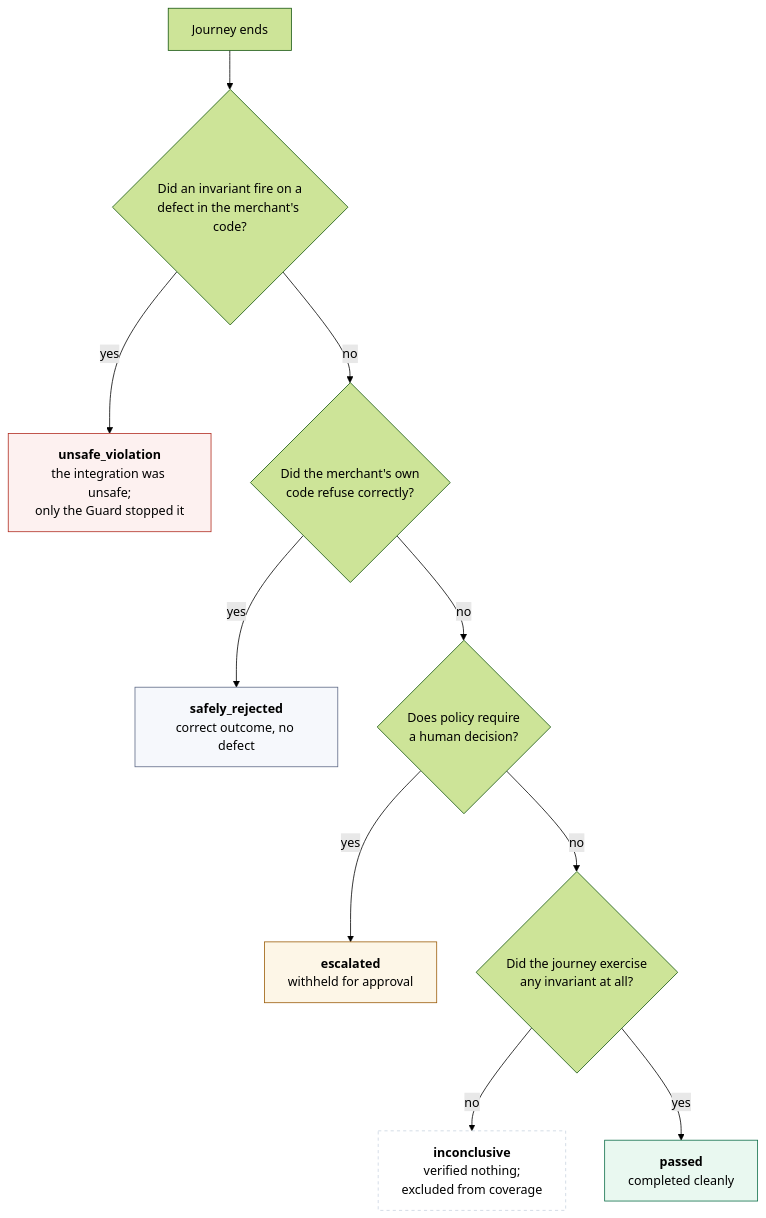
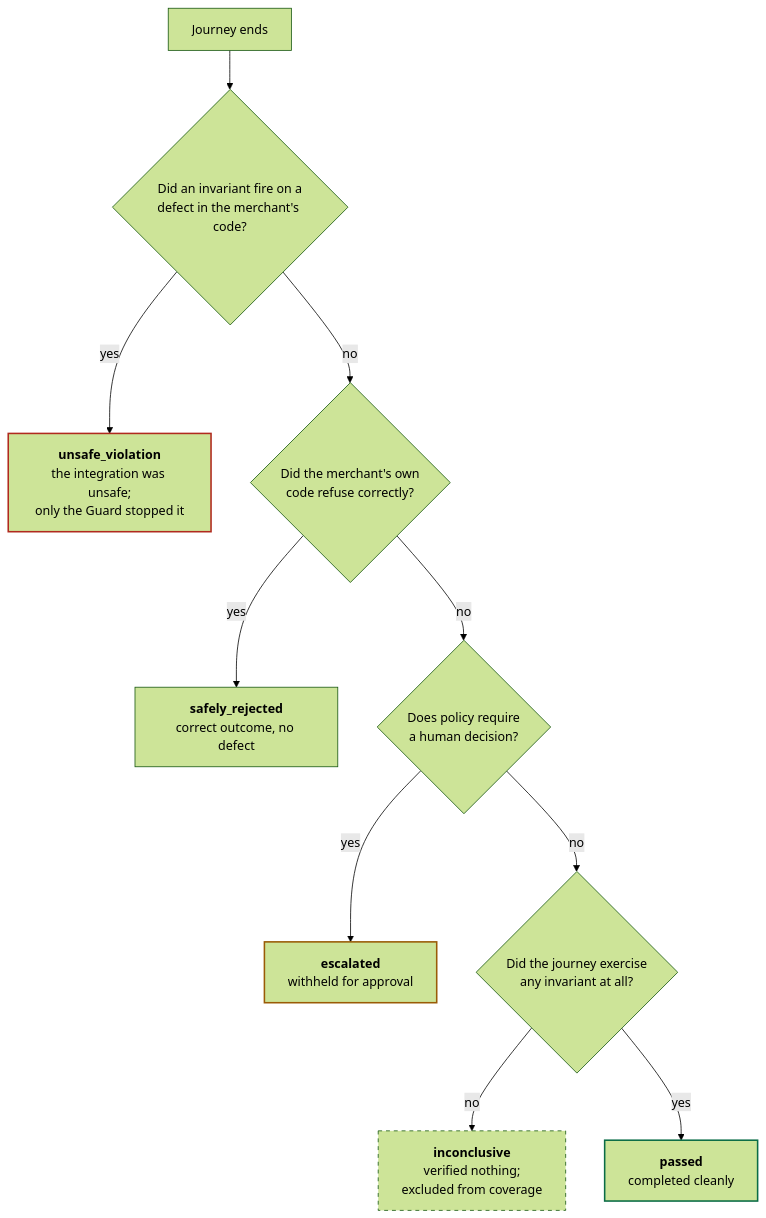
The third of 5 diagrams in README.md (adthya-anil/AgentProof), drawn with Mermaid (forest theme) before and after one commit. The commit also changed other lines of this file, not shown here.

Commit message:
Make the README diagrams legible in a narrow column and in dark mode

````diff
--- a/README.md
+++ b/README.md
@@ -329,18 +313,21 @@
 ```mermaid
 flowchart TD
     START["Journey ends"] --> Q1{"Did an invariant fire on a<br/>defect in the merchant's code?"}
     Q1 -->|yes| UV["<b>unsafe_violation</b><br/>the integration was unsafe;<br/>only the Guard stopped it"]
     Q1 -->|no| Q2{"Did the merchant's own<br/>code refuse correctly?"}
     Q2 -->|yes| SR["<b>safely_rejected</b><br/>correct outcome, no defect"]
     Q2 -->|no| Q3{"Does policy require<br/>a human decision?"}
     Q3 -->|yes| ES["<b>escalated</b><br/>withheld for approval"]
     Q3 -->|no| Q4{"Did the journey exercise<br/>any invariant at all?"}
     Q4 -->|no| IN["<b>inconclusive</b><br/>verified nothing;<br/>excluded from coverage"]
     Q4 -->|yes| PA["<b>passed</b><br/>completed cleanly"]
 
-    style UV fill:#fdf1f0,stroke:#b02a1e
-    style SR fill:#f6f8fc,stroke:#5d6885
-    style ES fill:#fdf6e7,stroke:#9a5b06
-    style IN fill:#ffffff,stroke:#c9d3e1,stroke-dasharray: 4 4
-    style PA fill:#e9f8f0,stroke:#0a6c46
+    classDef bad stroke:#b02a1e,stroke-width:2px
+    classDef warn stroke:#9a5b06,stroke-width:2px
+    classDef good stroke:#0a6c46,stroke-width:2px
+    classDef dim stroke-dasharray: 5 5
+    class UV bad
+    class ES warn
+    class PA good
+    class IN dim
 ```
````
